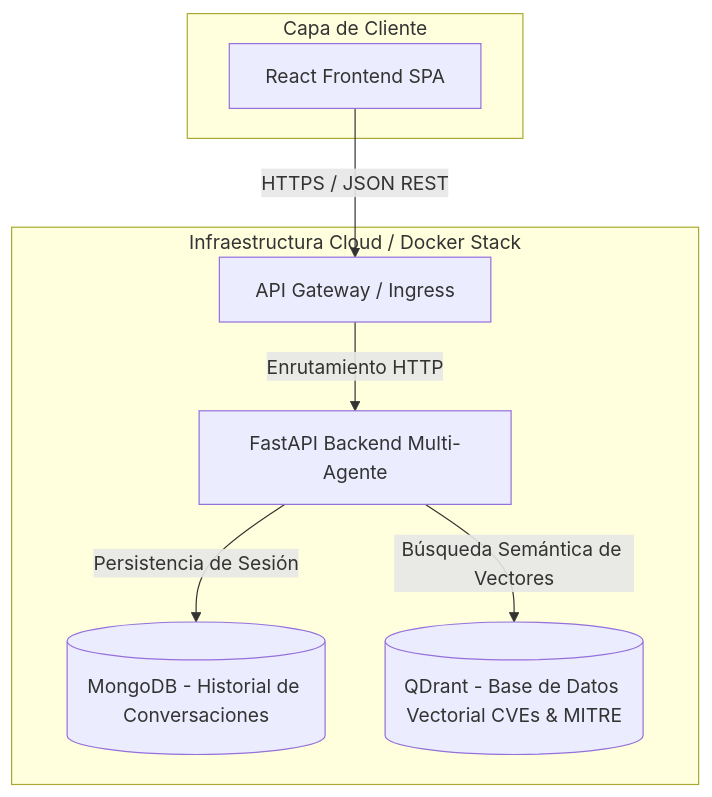
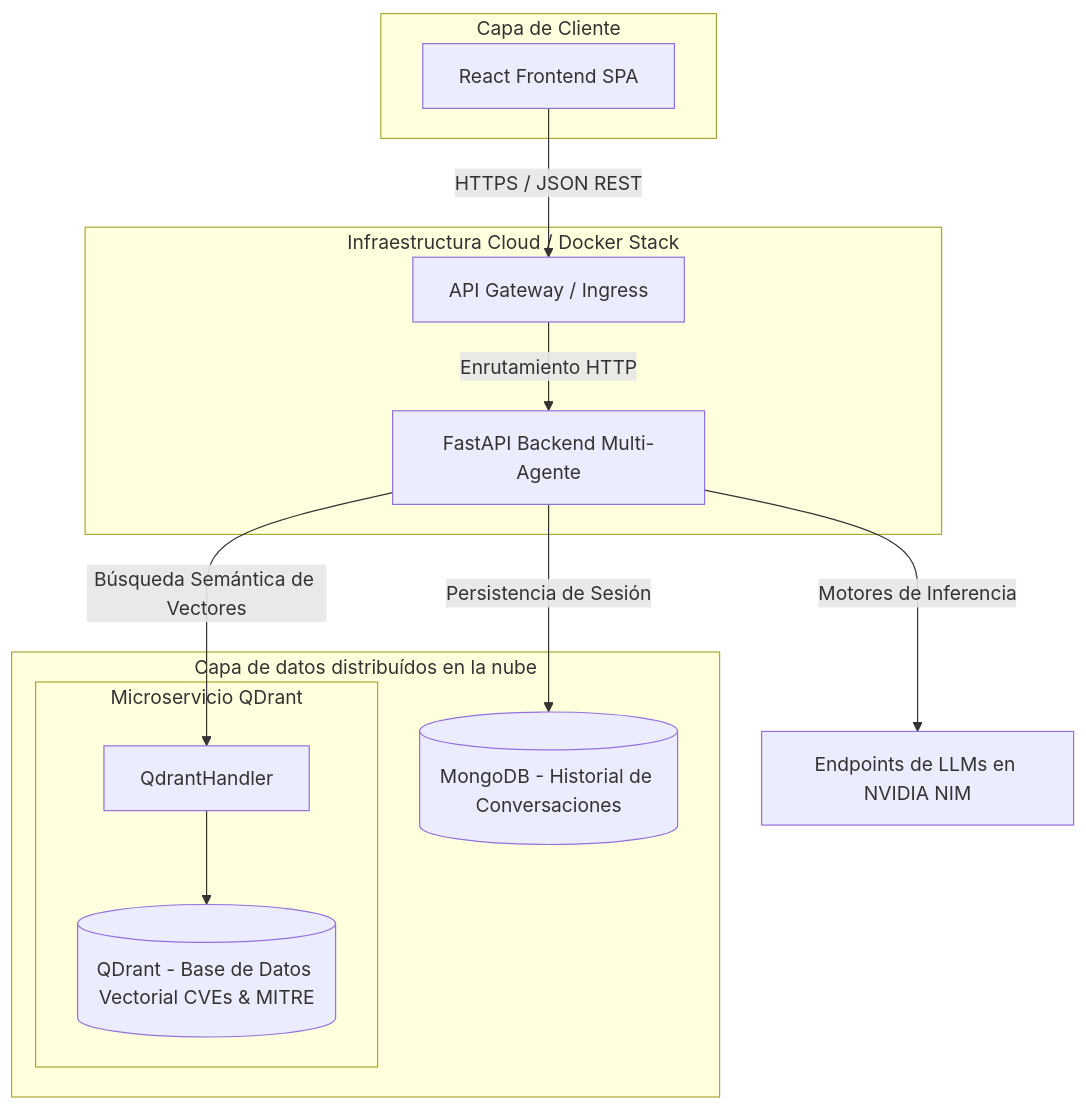
The first of 2 diagrams in README.md (pgonzs08/CyberGuard), drawn with Mermaid before and after one commit. The commit also changed other lines of this file, not shown here.

Commit message:
chore: Se ha modificado la arquitectura del sistema para asegurar la actualización de la base de datos vectorial

````diff
--- a/README.md
+++ b/README.md
@@ -51,19 +51,30 @@
 ```mermaid
 graph TD
     subgraph Cliente [Capa de Cliente]
         UI[React Frontend SPA]
     end
 
-    subgraph Cloud [Infraestructura Cloud / Docker Stack]
+    subgraph Backend [Infraestructura Cloud / Docker Stack]
         Gateway[API Gateway / Ingress]
         API[FastAPI Backend Multi-Agente]
-        Mongo[(MongoDB - Historial de Conversaciones)]
-        Qdrant[(QDrant - Base de Datos Vectorial CVEs & MITRE)]
     end
+
+    subgraph DataLayer[Capa de datos distribuídos en la nube]
+          Mongo[(MongoDB - Historial de Conversaciones)]
+
+      subgraph QDrant [Microservicio QDrant]
+          QHandler[QdrantHandler]
+          Qdrant[(QDrant - Base de Datos Vectorial CVEs & MITRE)]
+      end
+    end
+
+    NVIDIA[Endpoints de LLMs en NVIDIA NIM]
 
     UI -->|HTTPS / JSON REST| Gateway
     Gateway -->|Enrutamiento HTTP| API
+    API -->|Motores de Inferencia| NVIDIA
     API -->|Persistencia de Sesión| Mongo
-    API -->|Búsqueda Semántica de Vectores| Qdrant
+    API -->|Búsqueda Semántica de Vectores| QHandler
+    QHandler --> Qdrant
 
 ```
````
